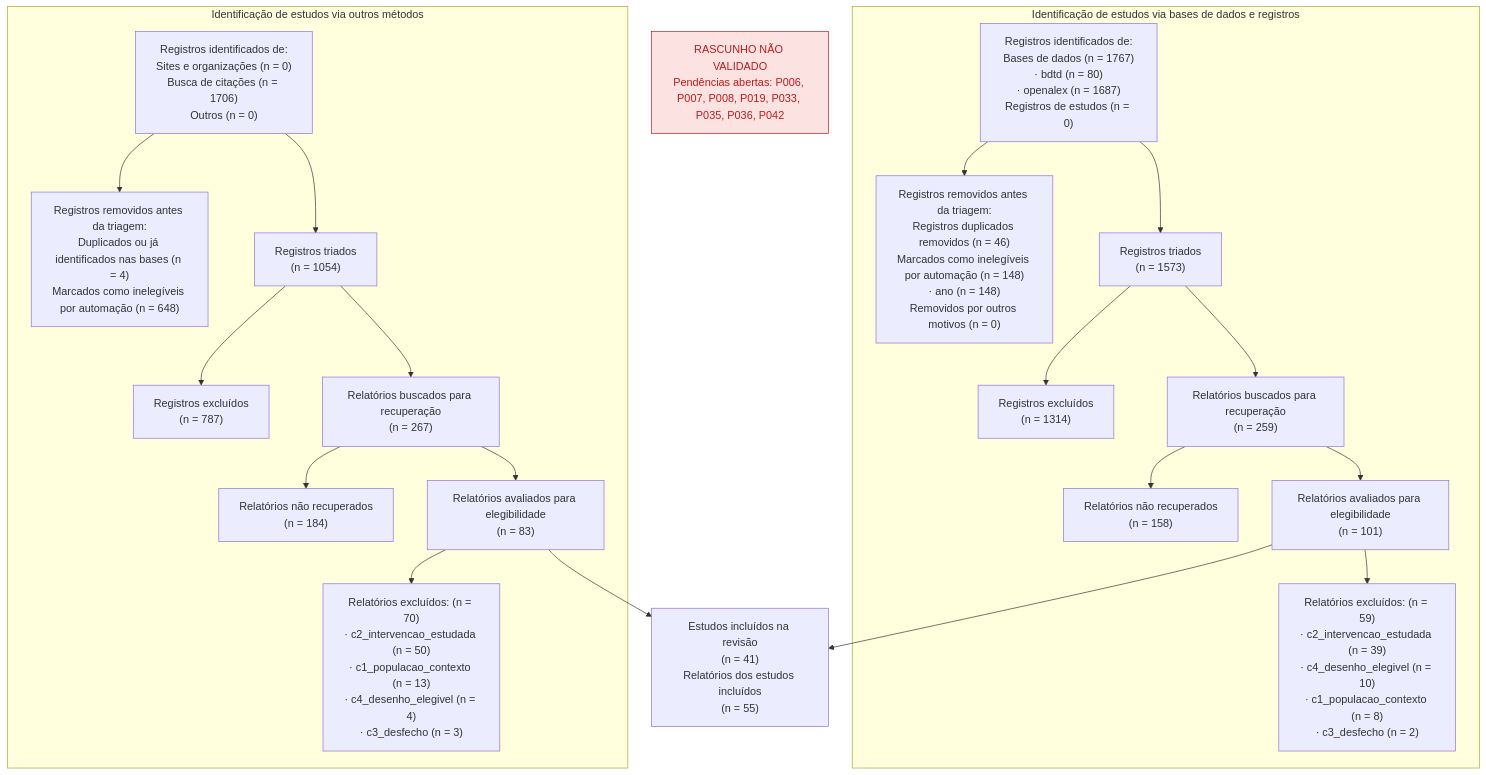
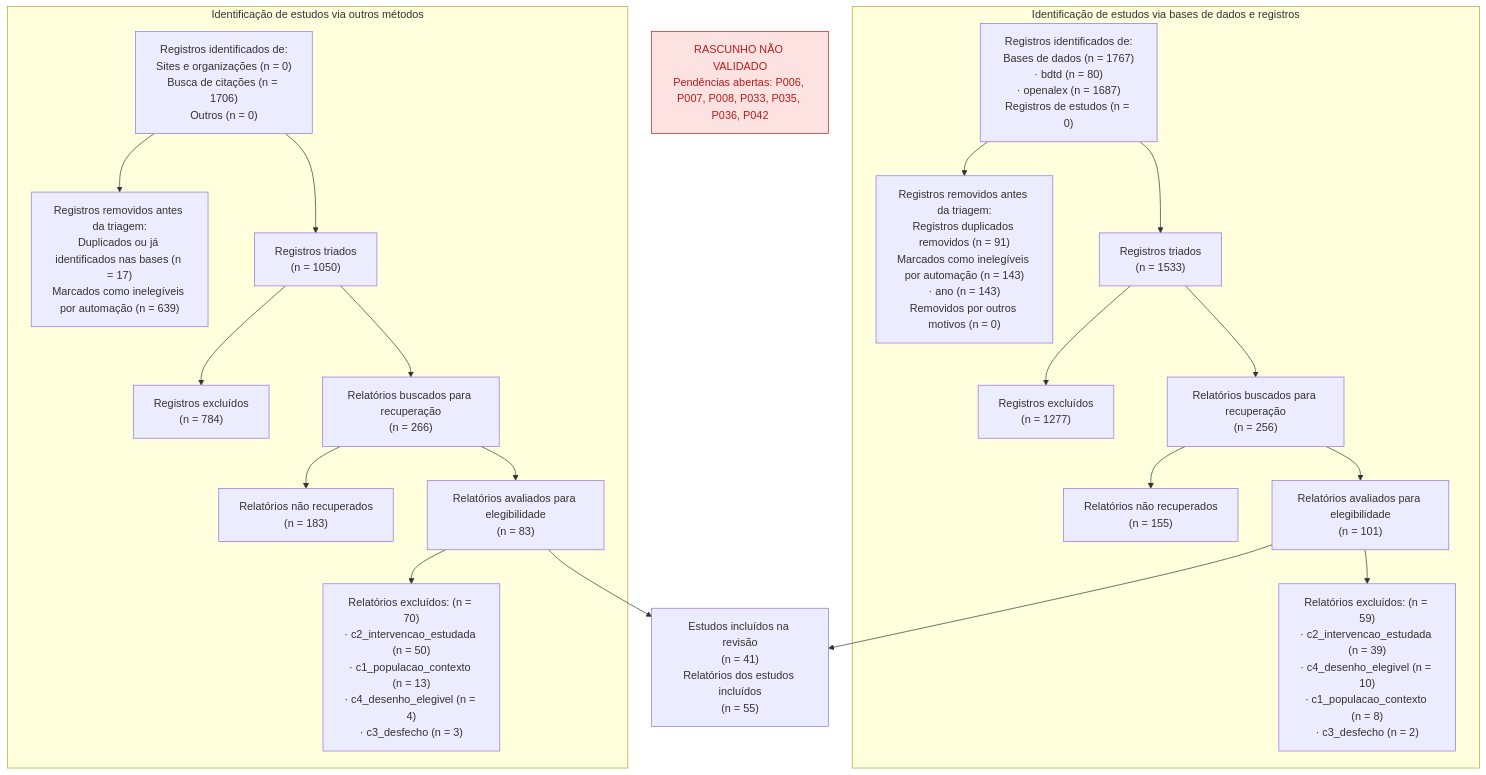
Before and after one commit to felipelmc/pesquisas-eleitorais-rs: the diagram in 07-relatorio/prisma.mermaid, drawn with Mermaid. The commit also changed 15 other files, not shown here.

Commit message:
P019 aplicada (Emenda 8): 145 decisões de deduplicação e 9 pares de versão do autor, com a skill corrigida; filtro, triagem e PRISMA refeitos (522 buscados, 338 não recuperados), incluídos inalterados

```diff
--- a/07-relatorio/prisma.mermaid
+++ b/07-relatorio/prisma.mermaid
@@ -1,40 +1,40 @@
 flowchart TD
-  rascunho["RASCUNHO NÃO VALIDADO<br/>Pendências abertas: P006, P007, P008, P019, P033, P035, P036, P042"]
+  rascunho["RASCUNHO NÃO VALIDADO<br/>Pendências abertas: P006, P007, P008, P033, P035, P036, P042"]
   style rascunho fill:#fde2e2,stroke:#b91c1c,color:#b91c1c
   subgraph ramo_bases["Identificação de estudos via bases de dados e registros"]
     b_ident["Registros identificados de:<br/>Bases de dados (n = 1767)<br/>· bdtd (n = 80)<br/>· openalex (n = 1687)<br/>Registros de estudos (n = 0)"]
-    b_removidos["Registros removidos antes da triagem:<br/>Registros duplicados removidos (n = 46)<br/>Marcados como inelegíveis por automação (n = 148)<br/>· ano (n = 148)<br/>Removidos por outros motivos (n = 0)"]
-    b_triados["Registros triados<br/>(n = 1573)"]
-    b_excl_triagem["Registros excluídos<br/>(n = 1314)"]
-    b_buscados["Relatórios buscados para recuperação<br/>(n = 259)"]
-    b_nao_rec["Relatórios não recuperados<br/>(n = 158)"]
+    b_removidos["Registros removidos antes da triagem:<br/>Registros duplicados removidos (n = 91)<br/>Marcados como inelegíveis por automação (n = 143)<br/>· ano (n = 143)<br/>Removidos por outros motivos (n = 0)"]
+    b_triados["Registros triados<br/>(n = 1533)"]
+    b_excl_triagem["Registros excluídos<br/>(n = 1277)"]
+    b_buscados["Relatórios buscados para recuperação<br/>(n = 256)"]
+    b_nao_rec["Relatórios não recuperados<br/>(n = 155)"]
     b_avaliados["Relatórios avaliados para elegibilidade<br/>(n = 101)"]
     b_excl_tc["Relatórios excluídos: (n = 59)<br/>· c2_intervencao_estudada (n = 39)<br/>· c4_desenho_elegivel (n = 10)<br/>· c1_populacao_contexto (n = 8)<br/>· c3_desfecho (n = 2)"]
   end
   subgraph ramo_outros["Identificação de estudos via outros métodos"]
     o_ident["Registros identificados de:<br/>Sites e organizações (n = 0)<br/>Busca de citações (n = 1706)<br/>Outros (n = 0)"]
-    o_removidos["Registros removidos antes da triagem:<br/>Duplicados ou já identificados nas bases (n = 4)<br/>Marcados como inelegíveis por automação (n = 648)"]
-    o_triados["Registros triados<br/>(n = 1054)"]
-    o_excl_triagem["Registros excluídos<br/>(n = 787)"]
-    o_buscados["Relatórios buscados para recuperação<br/>(n = 267)"]
-    o_nao_rec["Relatórios não recuperados<br/>(n = 184)"]
+    o_removidos["Registros removidos antes da triagem:<br/>Duplicados ou já identificados nas bases (n = 17)<br/>Marcados como inelegíveis por automação (n = 639)"]
+    o_triados["Registros triados<br/>(n = 1050)"]
+    o_excl_triagem["Registros excluídos<br/>(n = 784)"]
+    o_buscados["Relatórios buscados para recuperação<br/>(n = 266)"]
+    o_nao_rec["Relatórios não recuperados<br/>(n = 183)"]
     o_avaliados["Relatórios avaliados para elegibilidade<br/>(n = 83)"]
     o_excl_tc["Relatórios excluídos: (n = 70)<br/>· c2_intervencao_estudada (n = 50)<br/>· c1_populacao_contexto (n = 13)<br/>· c4_desenho_elegivel (n = 4)<br/>· c3_desfecho (n = 3)"]
   end
   incluidos["Estudos incluídos na revisão<br/>(n = 41)<br/>Relatórios dos estudos incluídos<br/>(n = 55)"]
   b_ident --> b_removidos
   b_ident --> b_triados
   b_triados --> b_excl_triagem
   b_triados --> b_buscados
   b_buscados --> b_nao_rec
   b_buscados --> b_avaliados
   b_avaliados --> b_excl_tc
   b_avaliados --> incluidos
   o_ident --> o_removidos
   o_ident --> o_triados
   o_triados --> o_excl_triagem
   o_triados --> o_buscados
   o_buscados --> o_nao_rec
   o_buscados --> o_avaliados
   o_avaliados --> o_excl_tc
   o_avaliados --> incluidos
```
